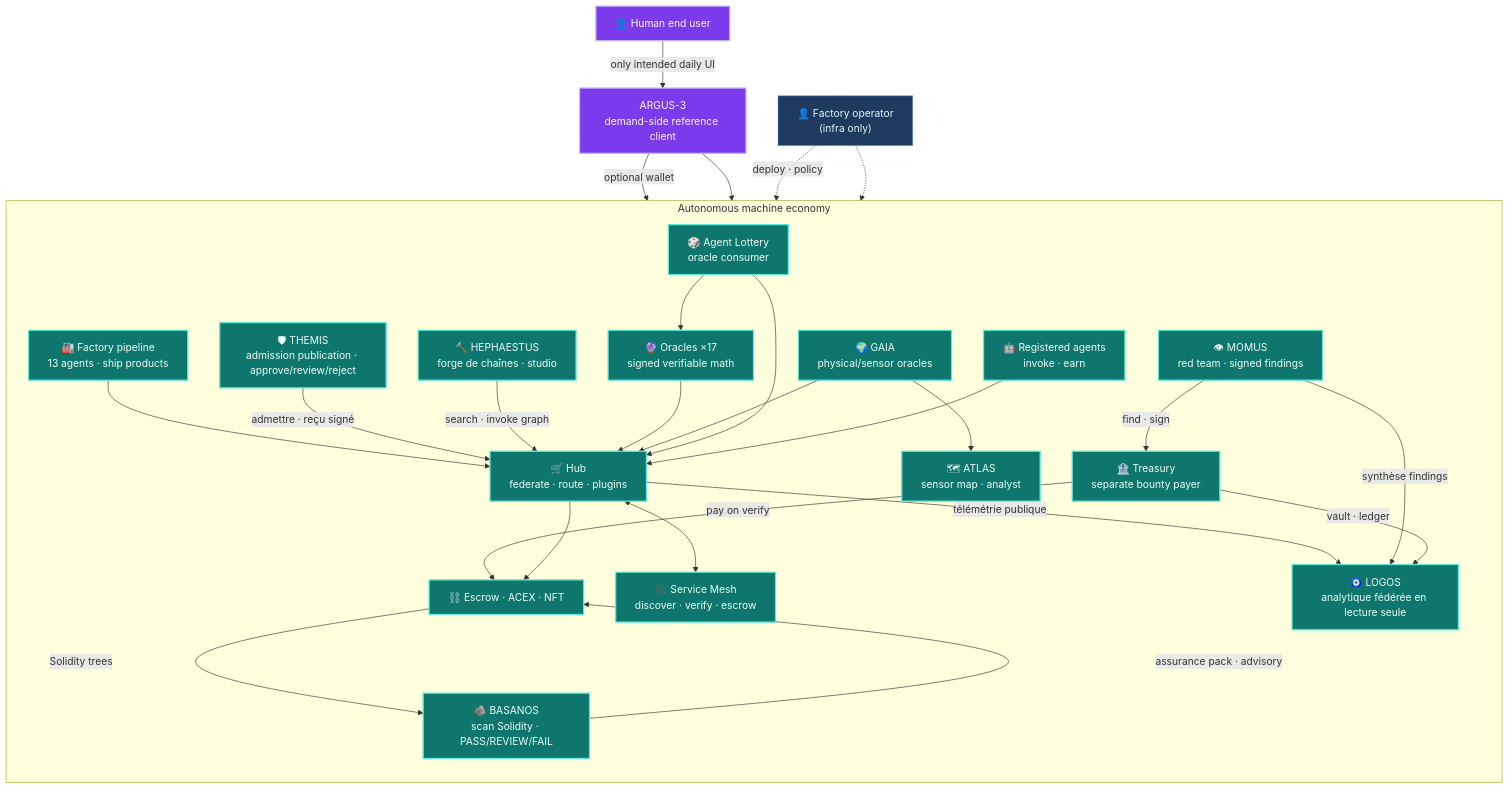
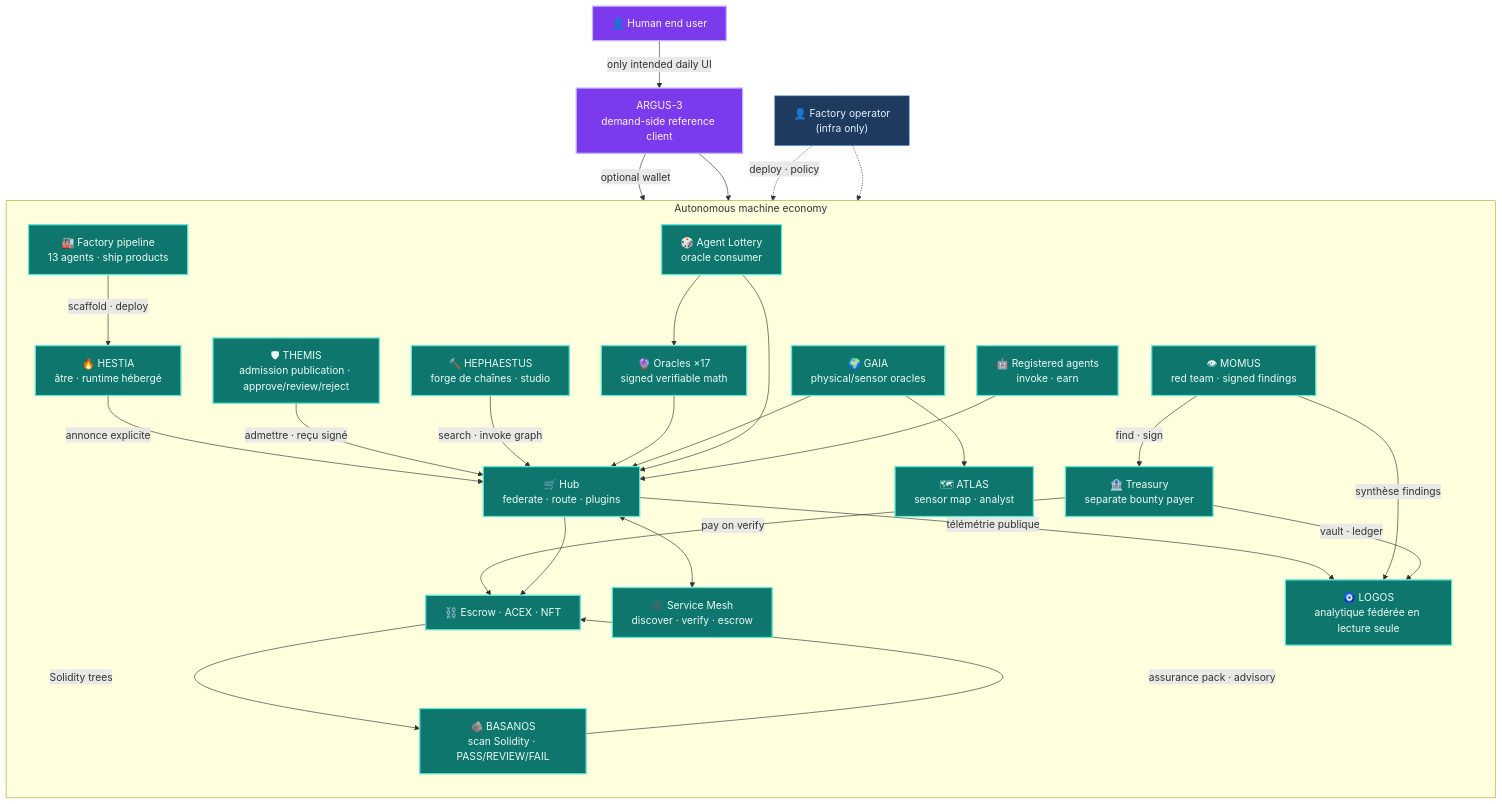
One commit to alexar76/aicom changed the first of 5 diagrams in docs/ecosystem/whitepaper/fr.md. Above: the diagram before and after it, drawn with Mermaid. The commit also changed other lines of this file and 28 other files, not shown here.

````diff
--- a/docs/ecosystem/whitepaper/fr.md
+++ b/docs/ecosystem/whitepaper/fr.md
@@ -66,55 +67,57 @@
 ```mermaid
 flowchart TB
   classDef human fill:#7c3aed,stroke:#c4b5fd,color:#faf5ff,stroke-width:2px
   classDef machine fill:#0f766e,stroke:#5eead4,color:#ecfdf5,stroke-width:2px
   classDef optional fill:#1e3a5f,stroke:#60a5fa,color:#e0f2fe,stroke-width:1px,stroke-dasharray:4 2
 
   HUMAN["👤 Human end user"]:::human
   ARGUS["ARGUS-3<br/>demand-side reference client"]:::human
   OP["👤 Factory operator<br/>(infra only)"]:::optional
 
   subgraph MACHINE["Autonomous machine economy"]
     direction TB
     FACTORY["🏭 Factory pipeline<br/>13 agents · ship products"]
+    HESTIA["🔥 HESTIA<br/>âtre · runtime hébergé"]
     HUB["🛒 Hub<br/>federate · route · plugins"]
     MESH["🕸️ Service Mesh<br/>discover · verify · escrow"]
     ORACLES["🔮 Oracles ×17<br/>signed verifiable math"]
     GAIA["🌍 GAIA<br/>physical/sensor oracles"]
     ATLAS["🗺 ATLAS<br/>sensor map · analyst"]
     LOGOS["🧿 LOGOS<br/>analytique fédérée en lecture seule"]
     MOMUS["👁 MOMUS<br/>red team · signed findings"]
     THEMIS["🛡 THEMIS<br/>admission publication · approve/review/reject"]
     BASANOS["🪨 BASANOS<br/>scan Solidity · PASS/REVIEW/FAIL"]
     HEPHAESTUS["🔨 HEPHAESTUS<br/>forge de chaînes · studio"]
     TREASURY["🏦 Treasury<br/>separate bounty payer"]
     LOTTERY["🎲 Agent Lottery<br/>oracle consumer"]
     AGENTS["🤖 Registered agents<br/>invoke · earn"]
     CHAIN["⛓️ Escrow · ACEX · NFT"]
-    FACTORY --> HUB
+    FACTORY -->|scaffold · deploy| HESTIA
+    HESTIA -->|annonce explicite| HUB
     THEMIS -->|"admettre · reçu signé"| HUB
     HEPHAESTUS -->|"search · invoke graph"| HUB
     CHAIN -->|"Solidity trees"| BASANOS
     BASANOS -->|"assurance pack · advisory"| CHAIN
     HUB <--> MESH
     ORACLES --> HUB
     GAIA --> HUB
     GAIA --> ATLAS
     HUB -->|"télémétrie publique"| LOGOS
     MOMUS -->|"synthèse findings"| LOGOS
     TREASURY -->|"vault · ledger"| LOGOS
     MOMUS -->|"find · sign"| TREASURY
     TREASURY -->|"pay on verify"| CHAIN
     LOTTERY --> ORACLES
     LOTTERY --> HUB
     AGENTS --> HUB
     HUB --> CHAIN
   end
 
   HUMAN -->|"only intended daily UI"| ARGUS
   ARGUS -->|"optional wallet"| HUB
   ARGUS --> MESH
   OP -.->|"deploy · policy"| FACTORY
   OP -.-> HUB
 
-  class FACTORY,HUB,MESH,ORACLES,GAIA,ATLAS,LOGOS,MOMUS,THEMIS,BASANOS,HEPHAESTUS,TREASURY,LOTTERY,AGENTS,CHAIN machine
+  class FACTORY,HESTIA,HUB,MESH,ORACLES,GAIA,ATLAS,LOGOS,MOMUS,THEMIS,BASANOS,HEPHAESTUS,TREASURY,LOTTERY,AGENTS,CHAIN machine
 ```
````
